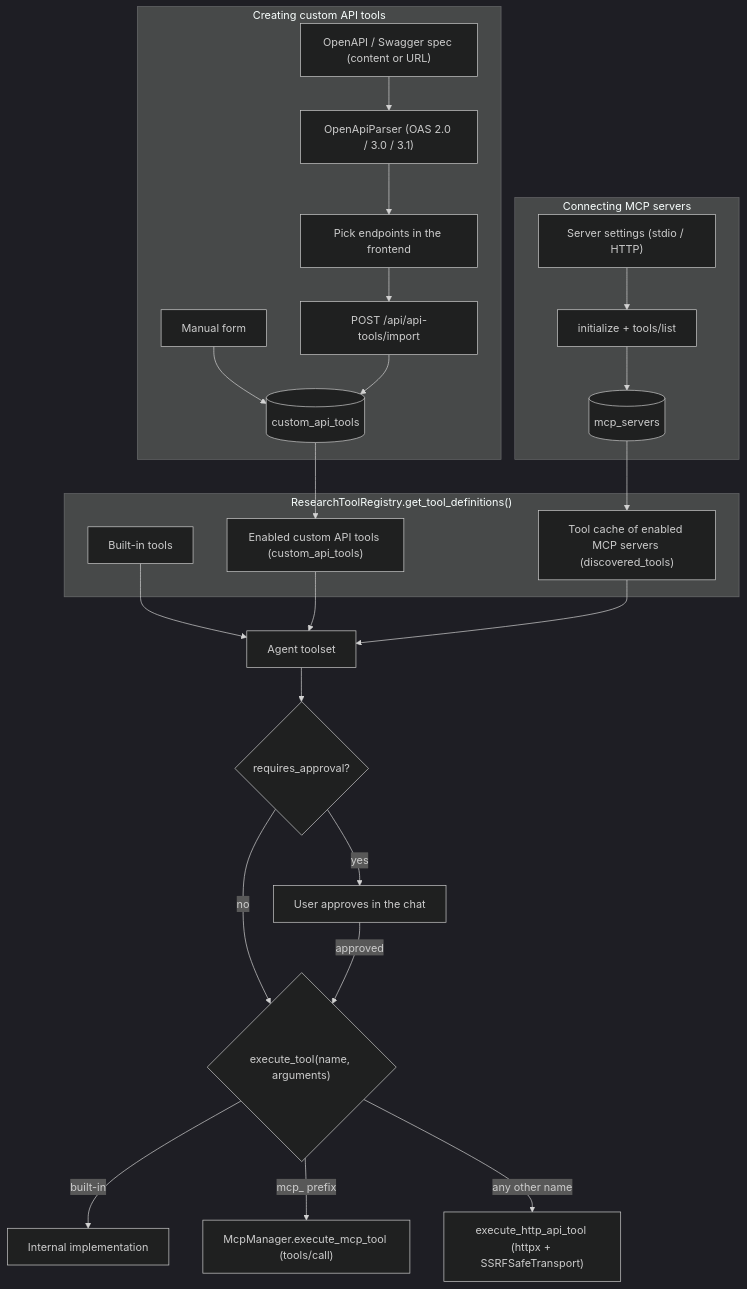
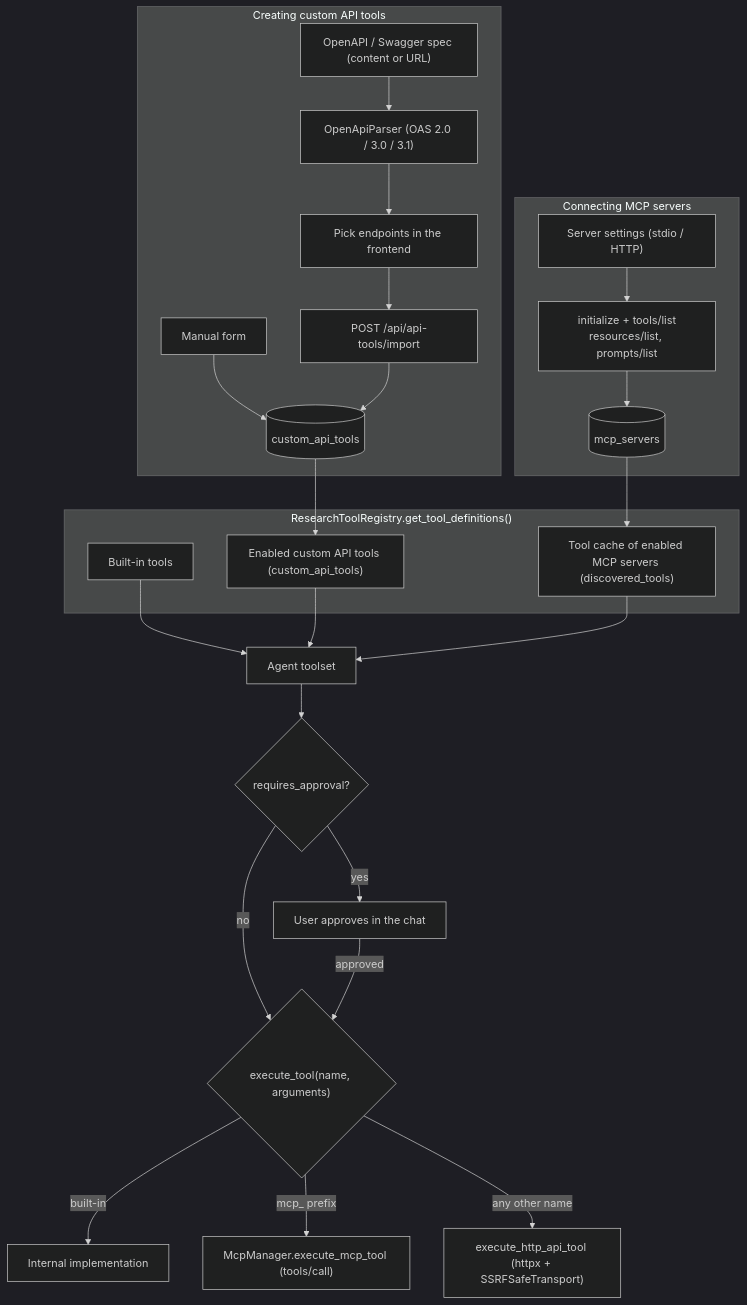
One commit to Scorpio-meow/AskMiao changed the seventh of 9 diagrams in docs/architecture_en.md. Above: the diagram before and after it, drawn with Mermaid (dark theme). The commit also changed other lines of this file and 50 other files, not shown here.

````diff
--- a/docs/architecture_en.md
+++ b/docs/architecture_en.md
@@ -461,32 +469,32 @@
 ```mermaid
 flowchart TB
     subgraph Registry ["ResearchToolRegistry.get_tool_definitions()"]
         Builtin["Built-in tools"]
         DynamicApi["Enabled custom API tools (custom_api_tools)"]
         DynamicMcp["Tool cache of enabled MCP servers (discovered_tools)"]
     end
 
     subgraph ImportFlow ["Creating custom API tools"]
         Spec["OpenAPI / Swagger spec (content or URL)"] --> Parser["OpenApiParser (OAS 2.0 / 3.0 / 3.1)"]
         Parser --> Select["Pick endpoints in the frontend"]
         Select --> Import["POST /api/api-tools/import"]
         Manual["Manual form"] --> DB[(custom_api_tools)]
         Import --> DB
     end
 
     subgraph McpFlow ["Connecting MCP servers"]
-        Server["Server settings (stdio / HTTP)"] --> Discover["initialize + tools/list"]
+        Server["Server settings (stdio / HTTP)"] --> Discover["initialize + tools/list<br/>resources/list, prompts/list"]
         Discover --> McpDB[(mcp_servers)]
     end
 
     DB --> DynamicApi
     McpDB --> DynamicMcp
     Builtin & DynamicApi & DynamicMcp --> Agent["Agent toolset"]
     Agent --> Gate{"requires_approval?"}
     Gate -->|yes| Ask["User approves in the chat"]
     Gate -->|no| Exec{"execute_tool(name, arguments)"}
     Ask -->|approved| Exec
     Exec -->|built-in| Internal["Internal implementation"]
     Exec -->|mcp_ prefix| McpCall["McpManager.execute_mcp_tool (tools/call)"]
     Exec -->|any other name| Http["execute_http_api_tool (httpx + SSRFSafeTransport)"]
 ```
````
